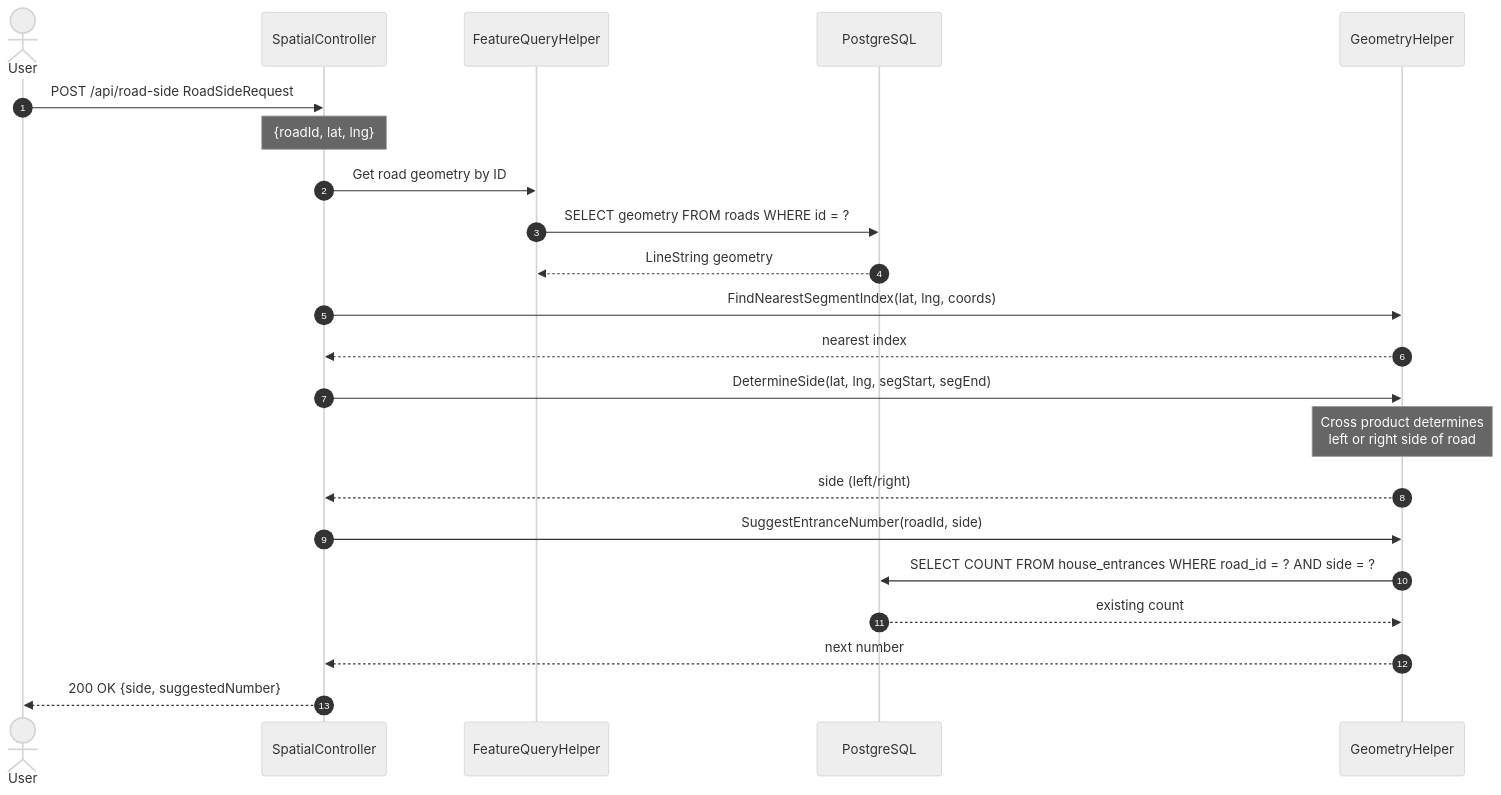
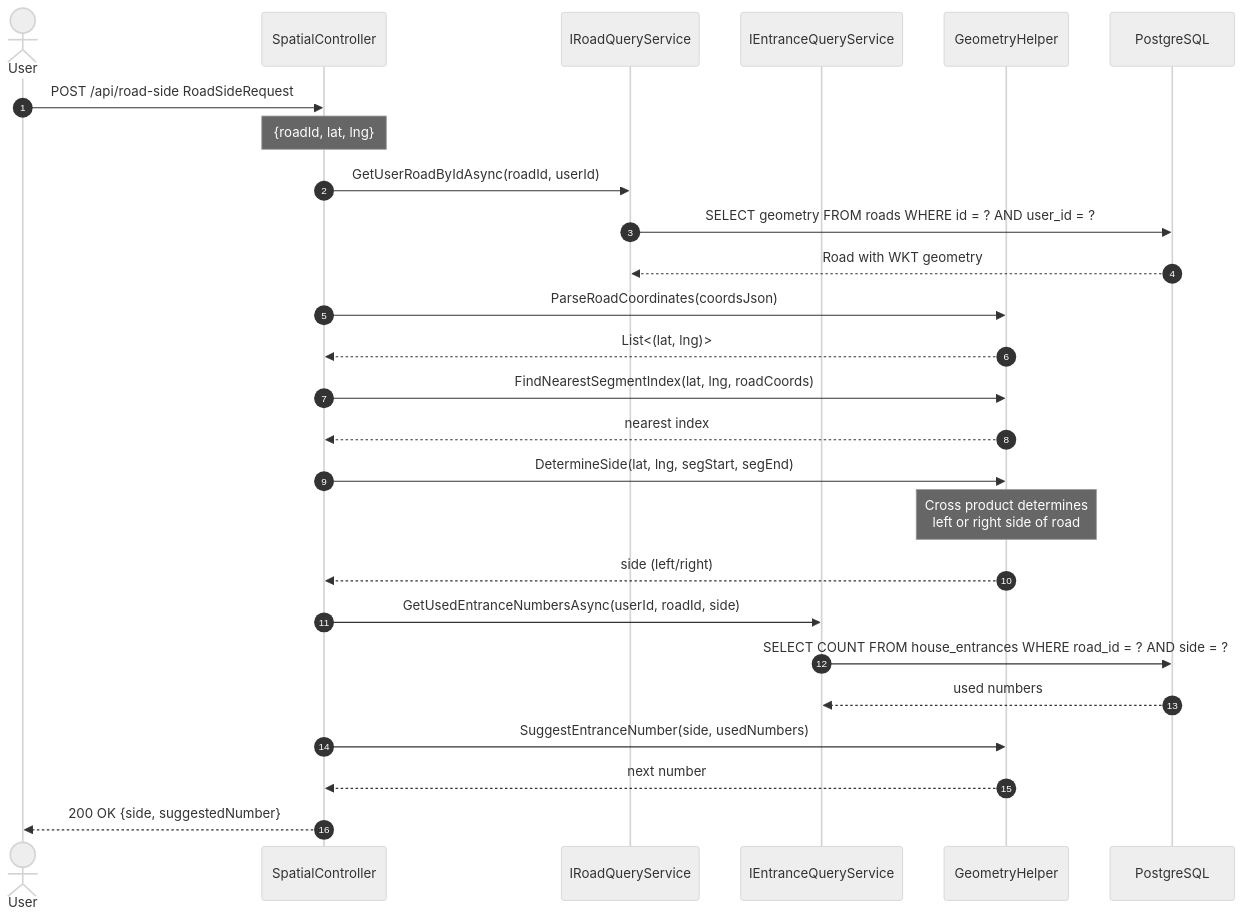
Before and after one commit to Zuhir-Benslama/NARS: the seventh of 7 diagrams in docs/uml/nars-sequence-diagram.md, drawn with Mermaid (neutral theme). The commit also changed other lines of this file and 42 other files, not shown here.

````diff
--- a/docs/uml/nars-sequence-diagram.md
+++ b/docs/uml/nars-sequence-diagram.md
@@ -280,30 +281,36 @@
 ```mermaid
 sequenceDiagram
     autonumber
     actor User
     participant SpatialController
-    participant FeatureQueryHelper
+    participant IRoadQueryService
+    participant IEntranceQueryService
+    participant GeometryHelper
     participant PostgreSQL
-    participant GeometryHelper
 
     User->>SpatialController: POST /api/road-side RoadSideRequest
     Note over SpatialController: {roadId, lat, lng}
 
-    SpatialController->>FeatureQueryHelper: Get road geometry by ID
-    FeatureQueryHelper->>PostgreSQL: SELECT geometry FROM roads WHERE id = ?
-    PostgreSQL-->>FeatureQueryHelper: LineString geometry
+    SpatialController->>IRoadQueryService: GetUserRoadByIdAsync(roadId, userId)
+    IRoadQueryService->>PostgreSQL: SELECT geometry FROM roads WHERE id = ? AND user_id = ?
+    PostgreSQL-->>IRoadQueryService: Road with WKT geometry
 
-    SpatialController->>GeometryHelper: FindNearestSegmentIndex(lat, lng, coords)
+    SpatialController->>GeometryHelper: ParseRoadCoordinates(coordsJson)
+    GeometryHelper-->>SpatialController: List<(lat, lng)>
+
+    SpatialController->>GeometryHelper: FindNearestSegmentIndex(lat, lng, roadCoords)
     GeometryHelper-->>SpatialController: nearest index
 
     SpatialController->>GeometryHelper: DetermineSide(lat, lng, segStart, segEnd)
     Note over GeometryHelper: Cross product determines<br/>left or right side of road
     GeometryHelper-->>SpatialController: side (left/right)
 
-    SpatialController->>GeometryHelper: SuggestEntranceNumber(roadId, side)
-    GeometryHelper->>PostgreSQL: SELECT COUNT FROM house_entrances WHERE road_id = ? AND side = ?
-    PostgreSQL-->>GeometryHelper: existing count
+    SpatialController->>IEntranceQueryService: GetUsedEntranceNumbersAsync(userId, roadId, side)
+    IEntranceQueryService->>PostgreSQL: SELECT COUNT FROM house_entrances WHERE road_id = ? AND side = ?
+    PostgreSQL-->>IEntranceQueryService: used numbers
+
+    SpatialController->>GeometryHelper: SuggestEntranceNumber(side, usedNumbers)
     GeometryHelper-->>SpatialController: next number
 
     SpatialController-->>User: 200 OK {side, suggestedNumber}
 ```
````
